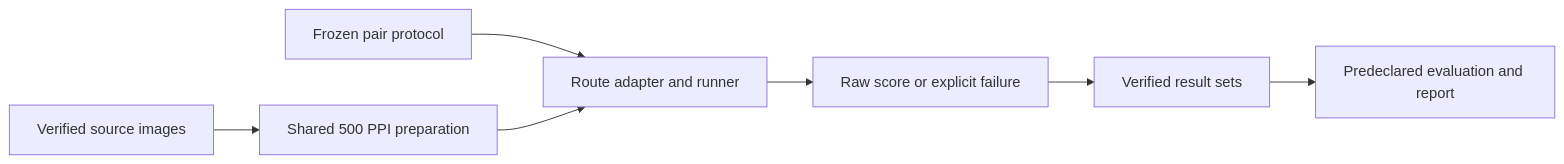
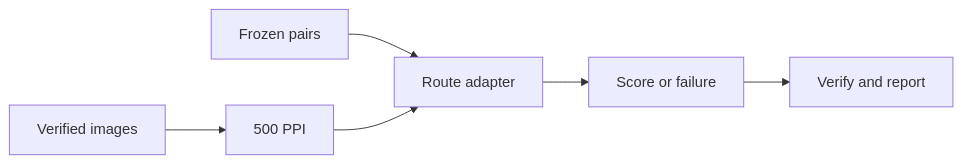
One commit to Mish2000/fingerprint-benchmark changed the diagram in README.md. Above: the diagram before and after it, drawn with Mermaid.

Commit message:
Keep the README pipeline diagram readable at repository width

````diff
--- a/README.md
+++ b/README.md
@@ -30,9 +30,8 @@
 ```mermaid
 flowchart LR
-    D[Verified source images] --> P[Shared 500 PPI preparation]
-    F[Frozen pair protocol] --> R[Route adapter and runner]
+    D[Verified images] --> P[500 PPI]
+    F[Frozen pairs] --> R[Route adapter]
     P --> R
-    R --> S[Raw score or explicit failure]
-    S --> E[Verified result sets]
-    E --> M[Predeclared evaluation and report]
+    R --> S[Score or failure]
+    S --> E[Verify and report]
 ```
````
